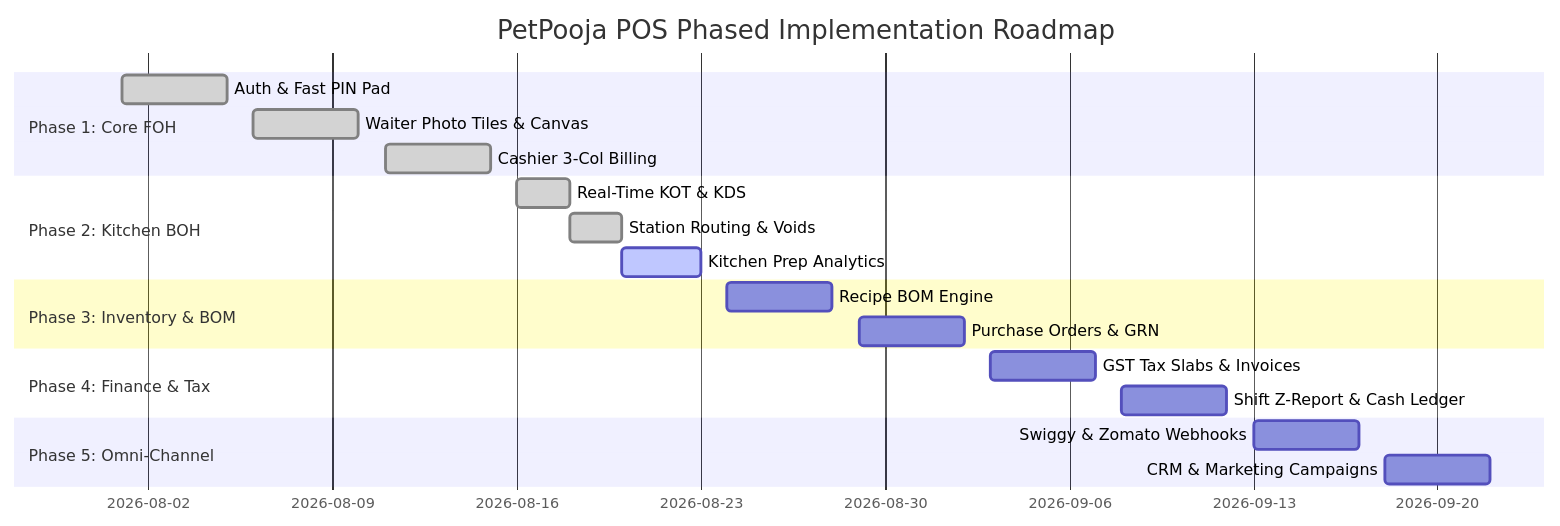
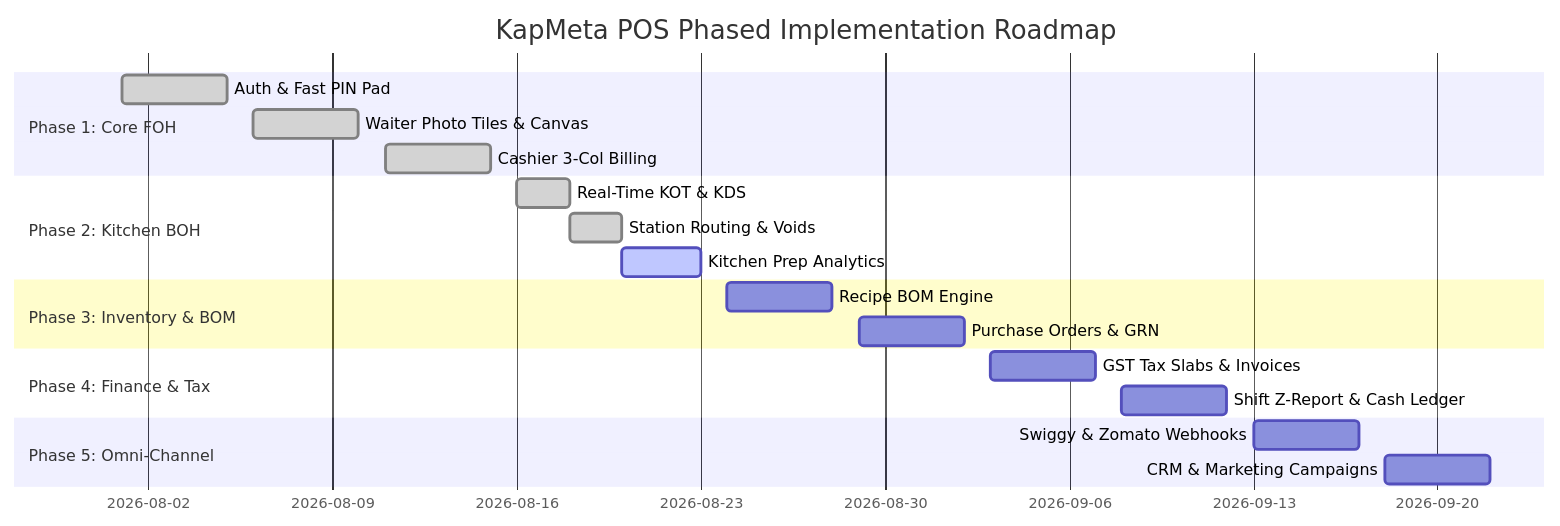
Before and after one commit to metapharsic/Kapmeta_store: the second of 2 diagrams in docs/03-architecture/component-subtasks-and-multi-agent-spec.md, drawn with Mermaid. The commit also changed other lines of this file and 160 other files, not shown here.

````diff
--- a/docs/03-architecture/component-subtasks-and-multi-agent-spec.md
+++ b/docs/03-architecture/component-subtasks-and-multi-agent-spec.md
@@ -150,22 +150,22 @@
 ```mermaid
 gantt
-    title PetPooja POS Phased Implementation Roadmap
+    title KapMeta POS Phased Implementation Roadmap
     dateFormat  YYYY-MM-DD
     section Phase 1: Core FOH
     Auth & Fast PIN Pad       :done, p1a, 2026-08-01, 2026-08-05
     Waiter Photo Tiles & Canvas :done, p1b, 2026-08-06, 2026-08-10
     Cashier 3-Col Billing      :done, p1c, 2026-08-11, 2026-08-15
     section Phase 2: Kitchen BOH
     Real-Time KOT & KDS        :done, p2a, 2026-08-16, 2026-08-18
     Station Routing & Voids    :done, p2b, 2026-08-18, 2026-08-20
     Kitchen Prep Analytics     :active, p2c, 2026-08-20, 2026-08-23
     section Phase 3: Inventory & BOM
     Recipe BOM Engine          :p3a, 2026-08-24, 2026-08-28
     Purchase Orders & GRN      :p3b, 2026-08-29, 2026-09-02
     section Phase 4: Finance & Tax
     GST Tax Slabs & Invoices   :p4a, 2026-09-03, 2026-09-07
     Shift Z-Report & Cash Ledger :p4b, 2026-09-08, 2026-09-12
     section Phase 5: Omni-Channel
     Swiggy & Zomato Webhooks   :p5a, 2026-09-13, 2026-09-17
     CRM & Marketing Campaigns  :p5b, 2026-09-18, 2026-09-22
 ```
````
